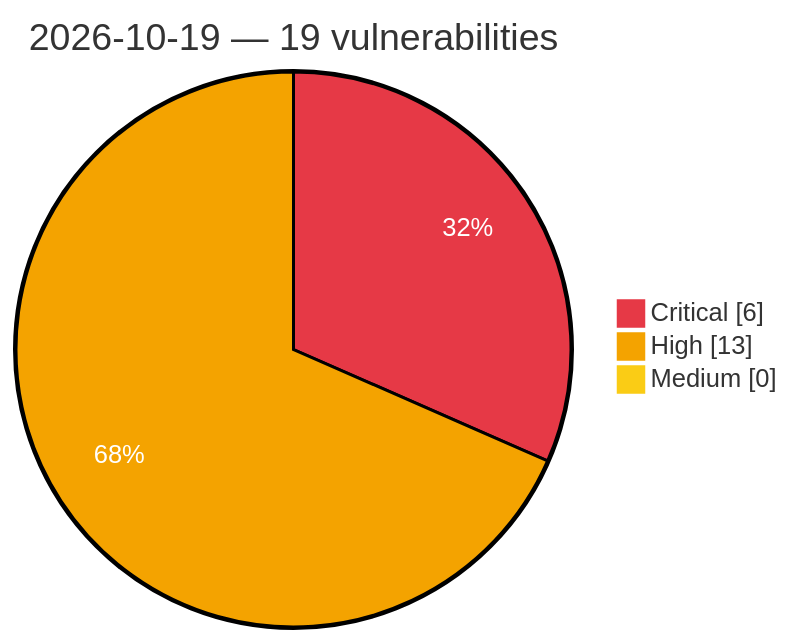
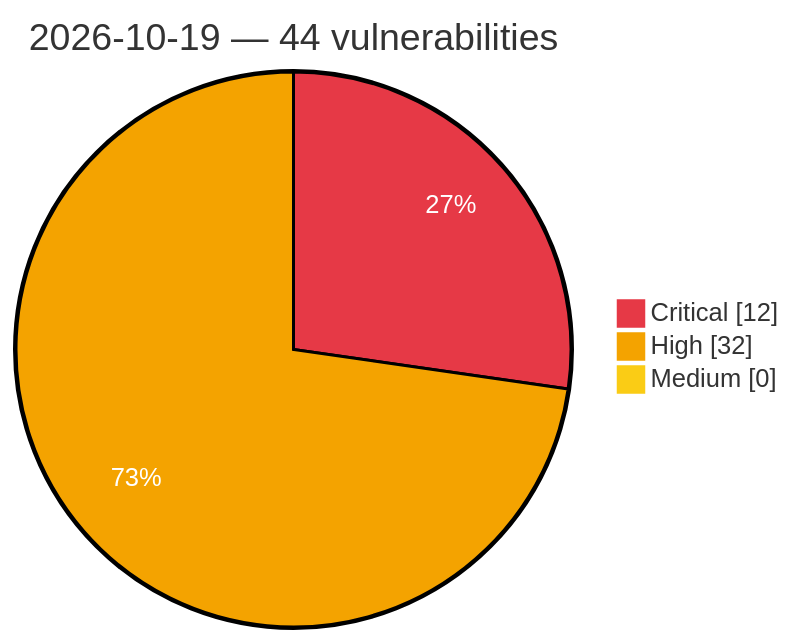
Before and after one commit to GhostX0X/vuln-tracker: the diagram in vulnerabilities/2026/October/2026-10-19.md, drawn with Mermaid. The commit also changed other lines of this file and 5 other files, not shown here.

Commit message:
Auto update: critical/high vulns (2026-10-19 20:03 UTC)

````diff
--- a/vulnerabilities/2026/October/2026-10-19.md
+++ b/vulnerabilities/2026/October/2026-10-19.md
@@ -3,8 +3,8 @@
 ```mermaid
 %%{init: {'theme':'base', 'themeVariables': {'pie1':'#e63946', 'pie2':'#f4a300', 'pie3':'#facc15', 'pieOpacity':'1', 'pieOuterStrokeWidth':'2px', 'pieSectionTextColor':'#ffffff'}}}%%
 pie showData
-    title 2026-10-19 — 19 vulnerabilities
-    "Critical" : 6
-    "High" : 13
+    title 2026-10-19 — 44 vulnerabilities
+    "Critical" : 12
+    "High" : 32
     "Medium" : 0
 ```
````
